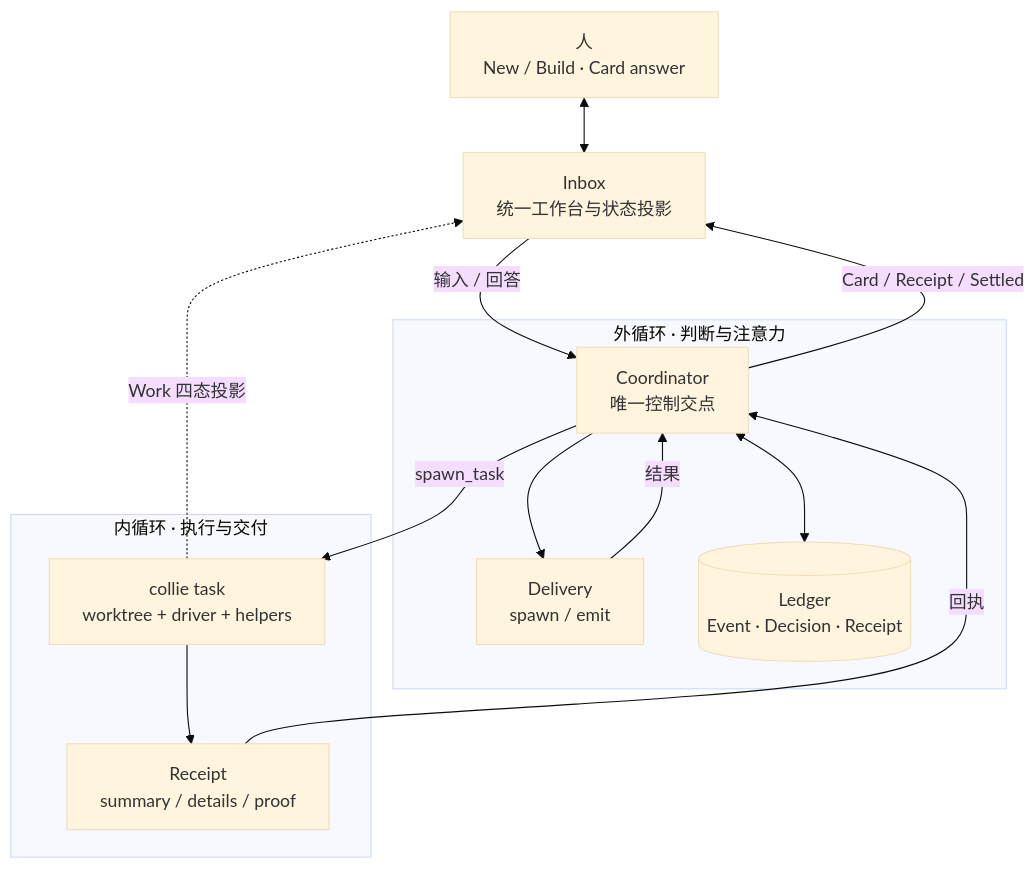
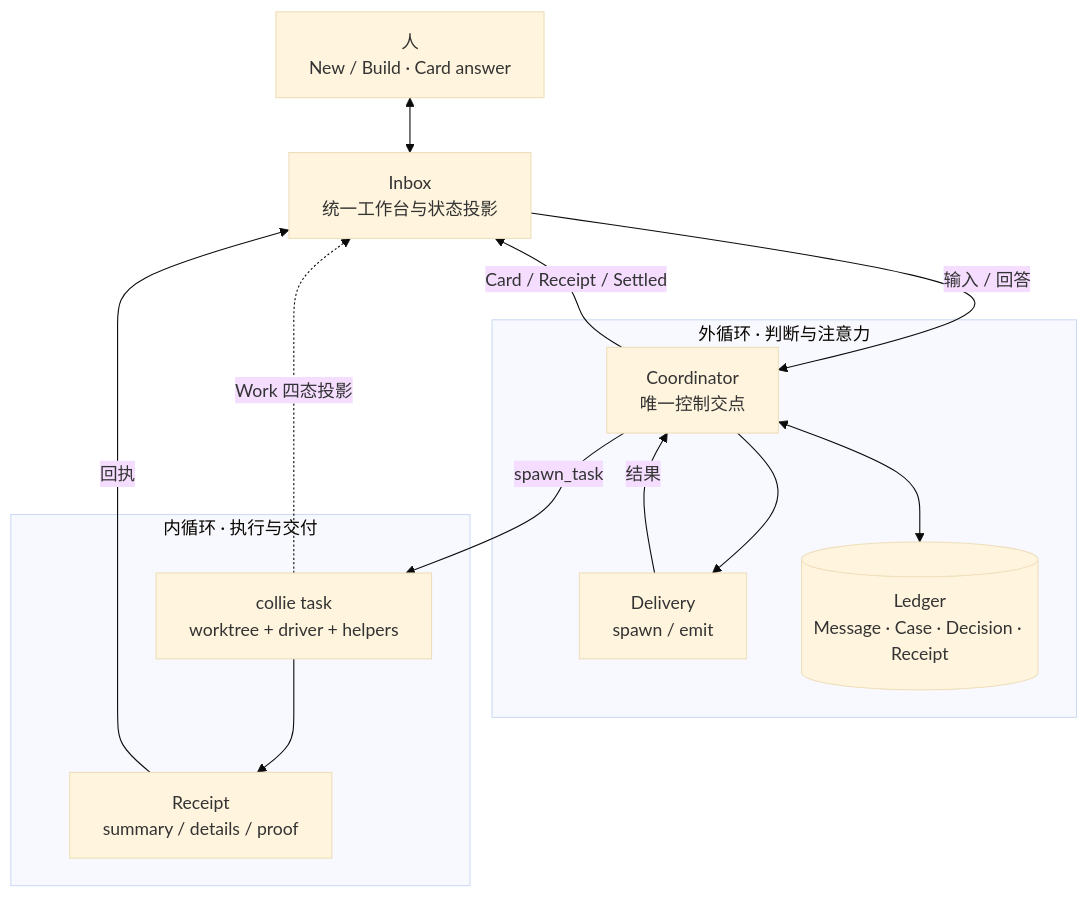
The diagram in README.md (iodone/collie), drawn with Mermaid (base theme) before and after one commit. The commit also changed other lines of this file and 145 other files, not shown here.

````diff
--- a/README.md
+++ b/README.md
@@ -59,22 +45,22 @@
 ```mermaid
 flowchart TB
   H["人<br/>New / Build · Card answer"] <--> I["Inbox<br/>统一工作台与状态投影"]
   subgraph OUTER["外循环 · 判断与注意力"]
     CO["Coordinator<br/>唯一控制交点"]
     D["Delivery<br/>spawn / emit"]
-    L[("Ledger<br/>Event · Decision · Receipt")]
+    L[("Ledger<br/>Message · Case · Decision · Receipt")]
     CO --> D
     D -->|"结果"| CO
     CO <--> L
   end
   subgraph INNER["内循环 · 执行与交付"]
     T["collie task<br/>worktree + driver + helpers"]
     R["Receipt<br/>summary / details / proof"]
     T --> R
   end
   I -->|"输入 / 回答"| CO
   CO -->|"Card / Receipt / Settled"| I
   CO -->|"spawn_task"| T
-  R -->|"回执"| CO
+  R -->|"回执"| I
   T -. "Work 四态投影" .-> I
 ```
````
